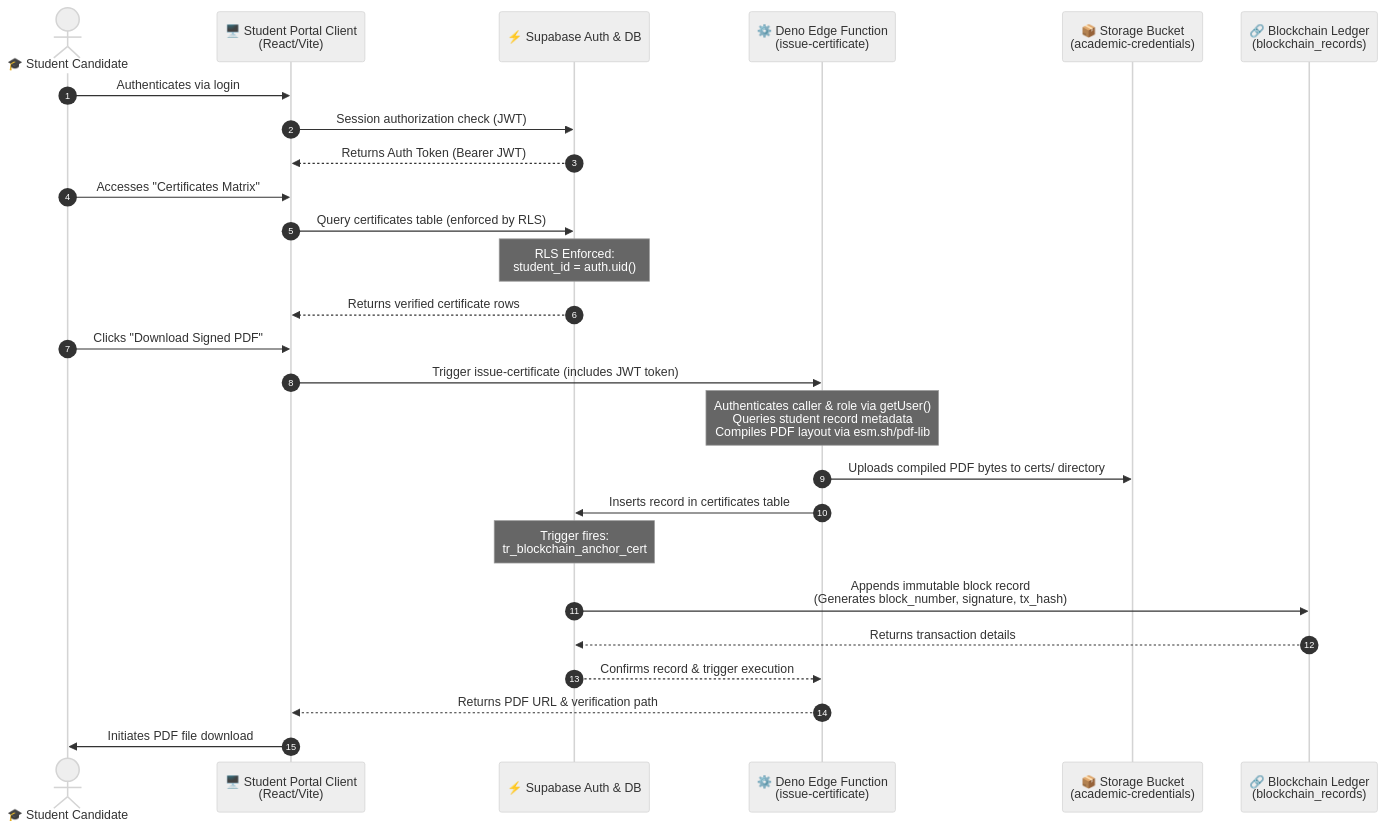
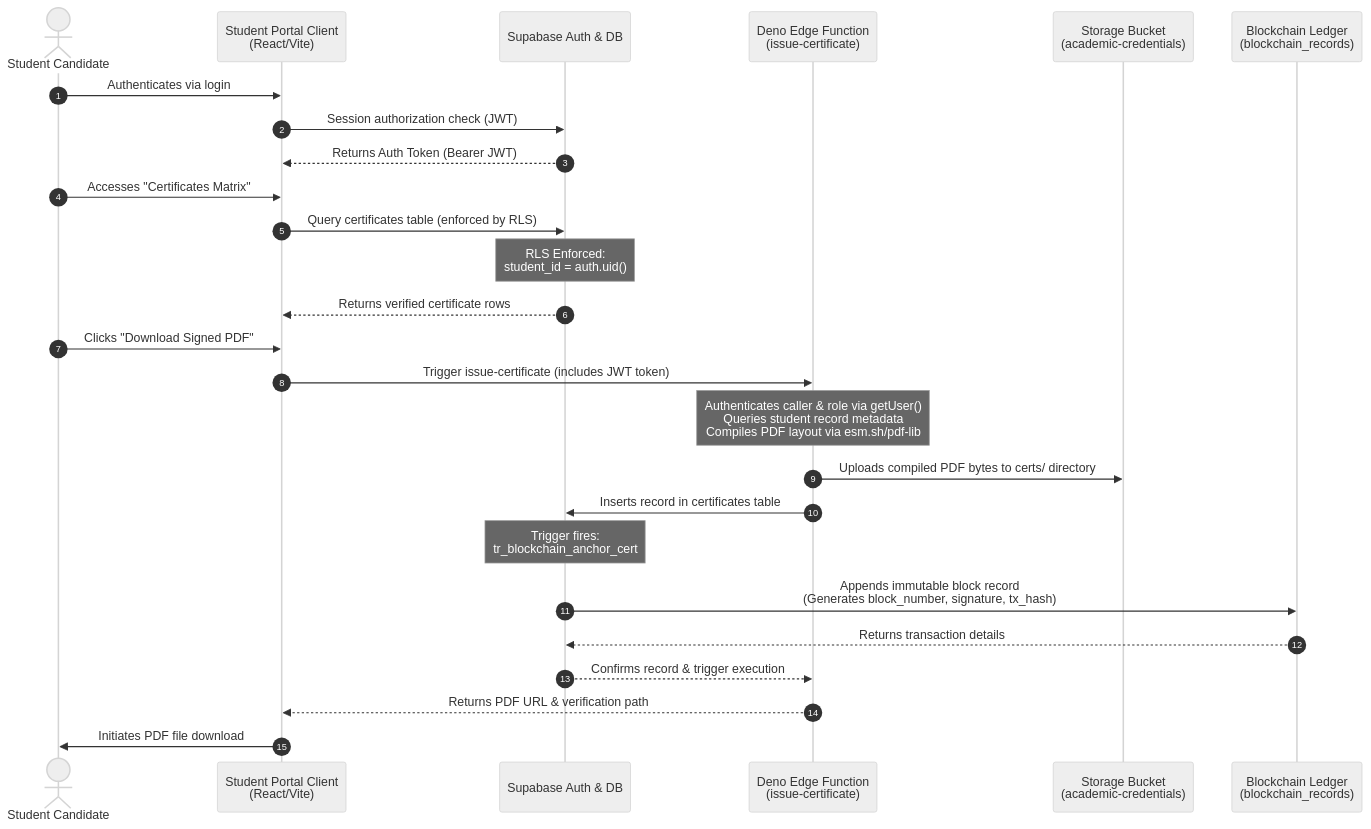
Before and after one commit to yashkoparde/Parakh-Ecosystem: the second of 5 diagrams in README.md, drawn with Mermaid (neutral theme). The commit also changed other lines of this file, not shown here.

````diff
--- a/README.md
+++ b/README.md
@@ -136,31 +136,31 @@
 ```mermaid
 sequenceDiagram
     autonumber
-    actor Student as 🎓 Student Candidate
-    participant Portal as 🖥️ Student Portal Client<br/>(React/Vite)
-    participant Supabase as ⚡ Supabase Auth & DB
-    participant Deno as ⚙️ Deno Edge Function<br/>(issue-certificate)
-    participant Storage as 📦 Storage Bucket<br/>(academic-credentials)
-    participant Ledger as 🔗 Blockchain Ledger<br/>(blockchain_records)
+    actor Student as Student Candidate
+    participant Portal as Student Portal Client<br/>(React/Vite)
+    participant Supabase as Supabase Auth & DB
+    participant Deno as Deno Edge Function<br/>(issue-certificate)
+    participant Storage as Storage Bucket<br/>(academic-credentials)
+    participant Ledger as Blockchain Ledger<br/>(blockchain_records)
 
     Student->>Portal: Authenticates via login
     Portal->>Supabase: Session authorization check (JWT)
     Supabase-->>Portal: Returns Auth Token (Bearer JWT)
     
     Student->>Portal: Accesses "Certificates Matrix"
     Portal->>Supabase: Query certificates table (enforced by RLS)
     Note over Supabase: RLS Enforced:<br/>student_id = auth.uid()
     Supabase-->>Portal: Returns verified certificate rows
     
     Student->>Portal: Clicks "Download Signed PDF"
     Portal->>Deno: Trigger issue-certificate (includes JWT token)
     Note over Deno: Authenticates caller & role via getUser()<br/>Queries student record metadata<br/>Compiles PDF layout via esm.sh/pdf-lib
     Deno->>Storage: Uploads compiled PDF bytes to certs/ directory
     Deno->>Supabase: Inserts record in certificates table
     Note over Supabase: Trigger fires:<br/>tr_blockchain_anchor_cert
     Supabase->>Ledger: Appends immutable block record<br/>(Generates block_number, signature, tx_hash)
     Ledger-->>Supabase: Returns transaction details
     Supabase-->>Deno: Confirms record & trigger execution
     Deno-->>Portal: Returns PDF URL & verification path
     Portal->>Student: Initiates PDF file download
 ```
````
